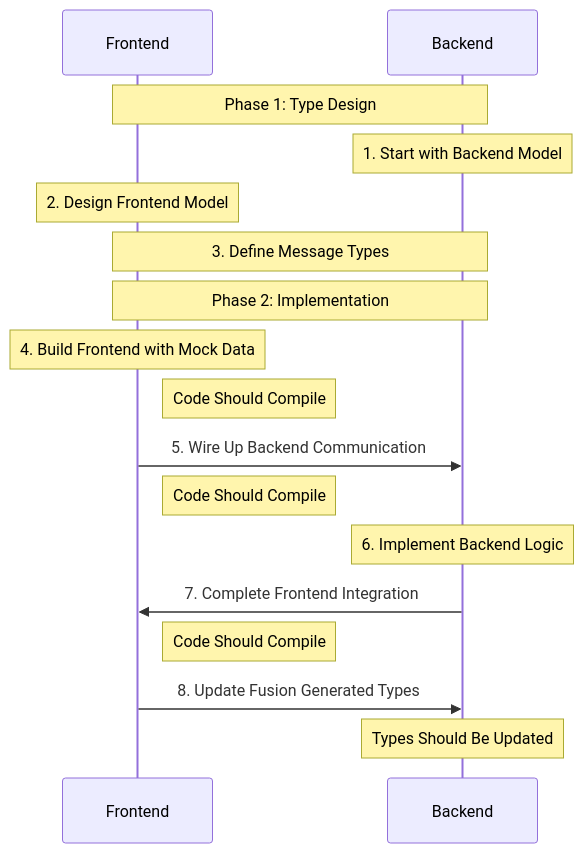
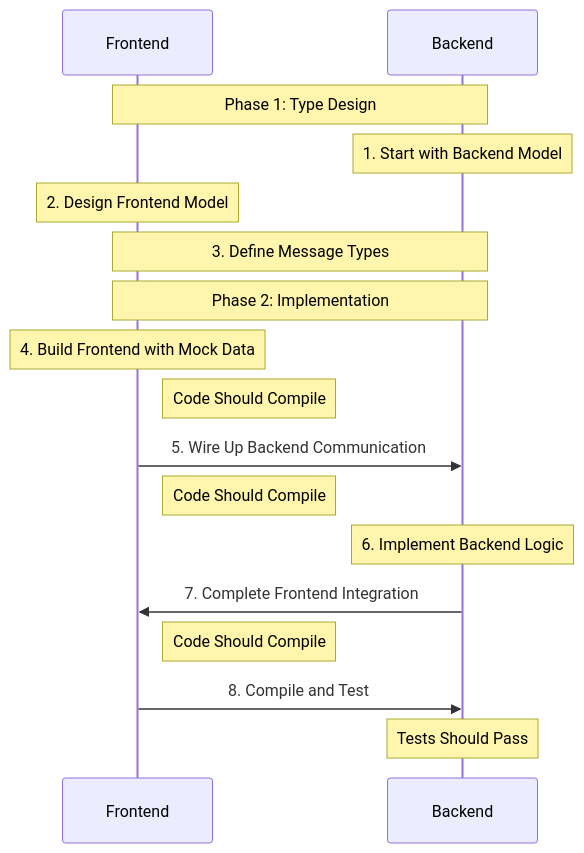
One commit to sjalq/starter-project changed the diagram in .cursor/rules/lamdera.mdc. Above: the diagram before and after it, drawn with Mermaid. The commit also changed other lines of this file and 108 other files, not shown here.

````diff
--- a/.cursor/rules/lamdera.mdc
+++ b/.cursor/rules/lamdera.mdc
@@ -166,27 +158,27 @@
 ```mermaid
 sequenceDiagram
     participant FE as Frontend
     participant BE as Backend
     
     Note over FE, BE: Phase 1: Type Design
     
     Note over BE: 1. Start with Backend Model
     Note over FE: 2. Design Frontend Model
     Note over FE, BE: 3. Define Message Types
     
     Note over FE, BE: Phase 2: Implementation
     
     Note over FE: 4. Build Frontend with Mock Data
     Note right of FE: Code Should Compile
     
     FE->>BE: 5. Wire Up Backend Communication
     Note right of FE: Code Should Compile
     
     Note over BE: 6. Implement Backend Logic
     
     BE->>FE: 7. Complete Frontend Integration
     Note right of FE: Code Should Compile
 
-    FE->>BE: 8. Update Fusion Generated Types
-    Note over BE: Types Should Be Updated
+    FE->>BE: 8. Compile and Test
+    Note over BE: Tests Should Pass
 ```
````
